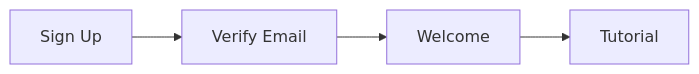
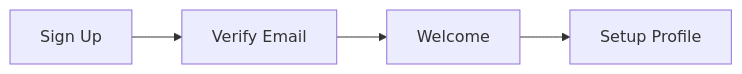
The diagram in onboarding.mmd (rubenmango/mermaid-bot-sandbox), drawn with Mermaid before and after one commit. The commit also changed 1 other file, not shown here.

Commit message:
Regenerate diagrams from source
Mermaid-Sync: regenerated
Mermaid-Sync-PR: #482
Mermaid-Sync-PR-Title: Add fraud check to payment flow
Mermaid-Sync-Reason: Source changed in payments and onboarding modules

```diff
--- a/onboarding.mmd
+++ b/onboarding.mmd
@@ -1,4 +1,4 @@
 flowchart LR
     A[Sign Up] --> B[Verify Email]
     B --> C[Welcome]
-    C --> D[Tutorial]
+    C --> Profile[Setup Profile]
```
